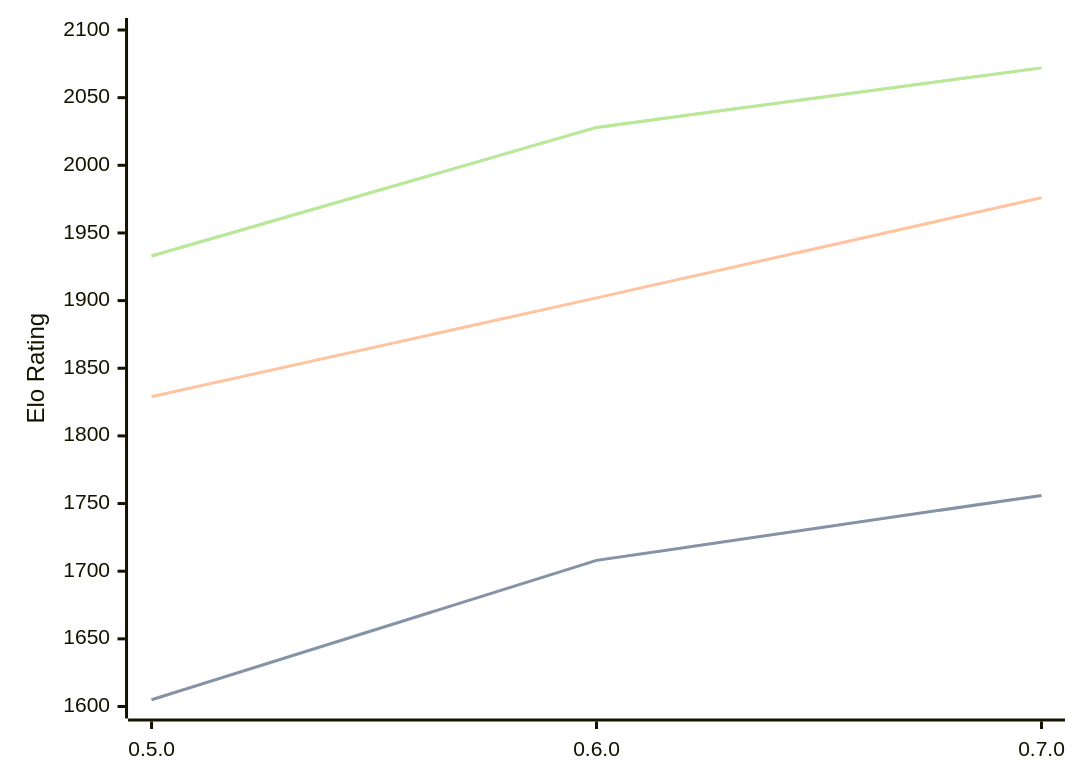
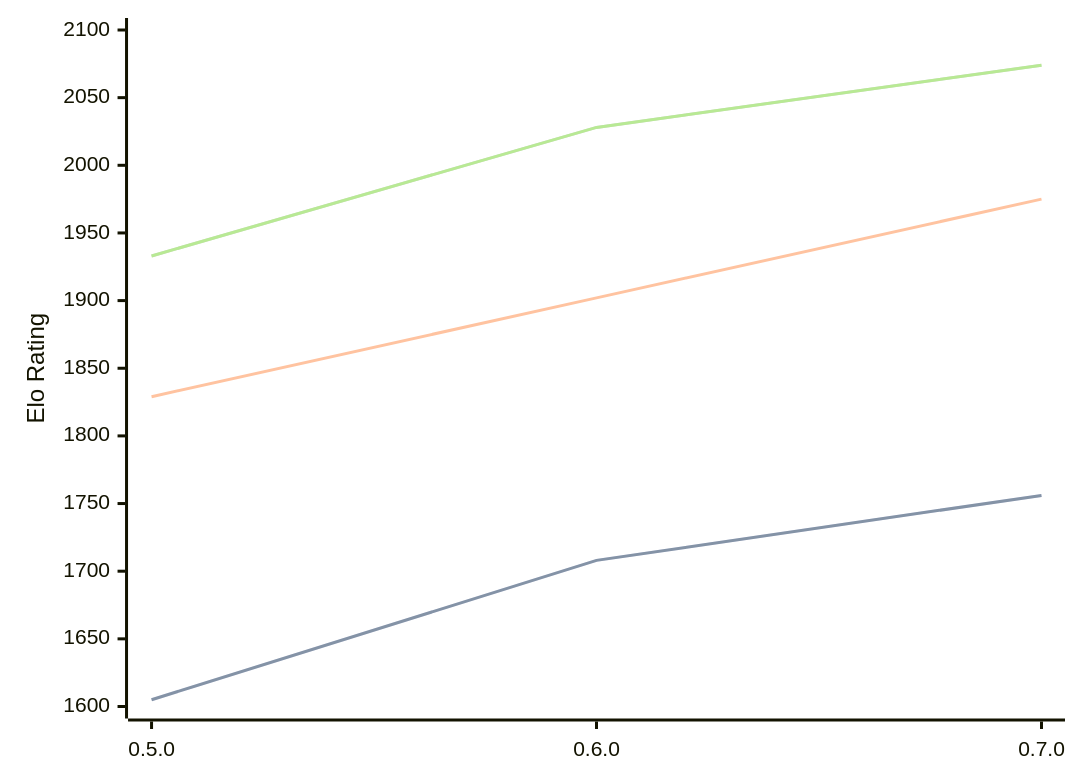
The diagram in engines/Chess-rs.md (computer-chess-index/cci), drawn with Mermaid before and after one commit. The commit also changed other lines of this file, not shown here.

Commit message:
Update CCI Ratings (ELO VLTC) - 2026-02-26

````diff
--- a/engines/Chess-rs.md
+++ b/engines/Chess-rs.md
@@ -39,11 +39,11 @@
 ```mermaid
 %%{init: {"theme":"base","themeVariables":{"seriesColors:['#a3a3a3','#222221','#faa371']}}}%%
 xychart-beta
   x-axis ["0.5.0", "0.6.0", "0.7.0"]
   y-axis "Elo Rating" 1600 --> 2100
   line "STC (8.0+0.08s)" [1605, 1708, 1756]
   line "STC (8.0+0.08s)" [1605, 1708, 1756]
-  line "LTC (60.0+0.60s)" [1829, 1902, 1976]
-  line "VLTC (2m24s+1.12s)" [1933, 2028, 2072]
-  line "VLTC (2m24s+1.12s)" [1933, 2028, 2072]
+  line "LTC (60.0+0.60s)" [1829, 1902, 1975]
+  line "VLTC (2m24s+1.12s)" [1933, 2028, 2074]
+  line "VLTC (2m24s+1.12s)" [1933, 2028, 2074]
 ```
````
